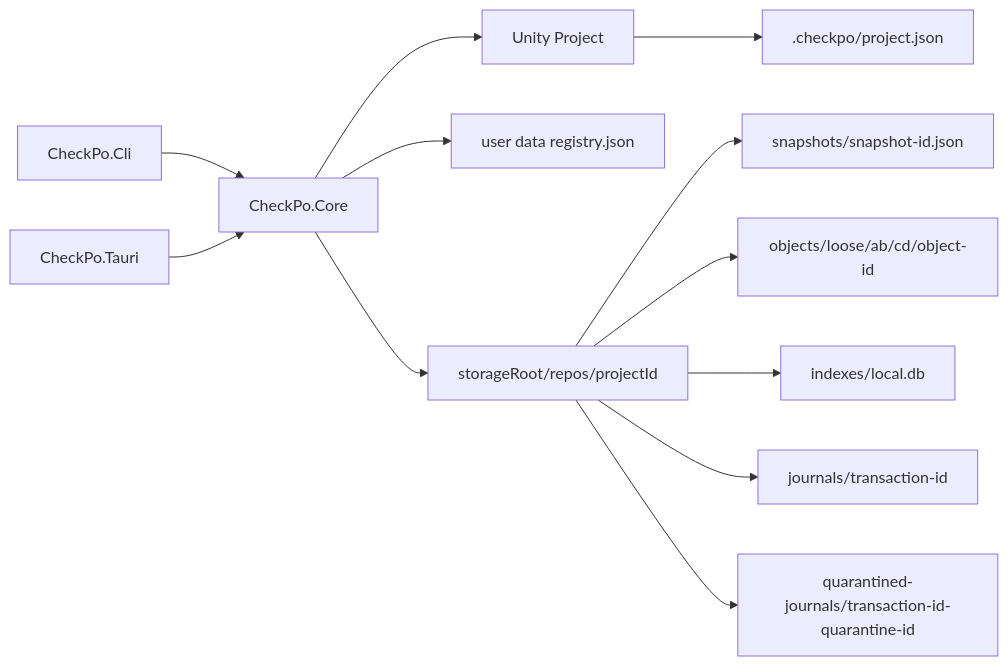
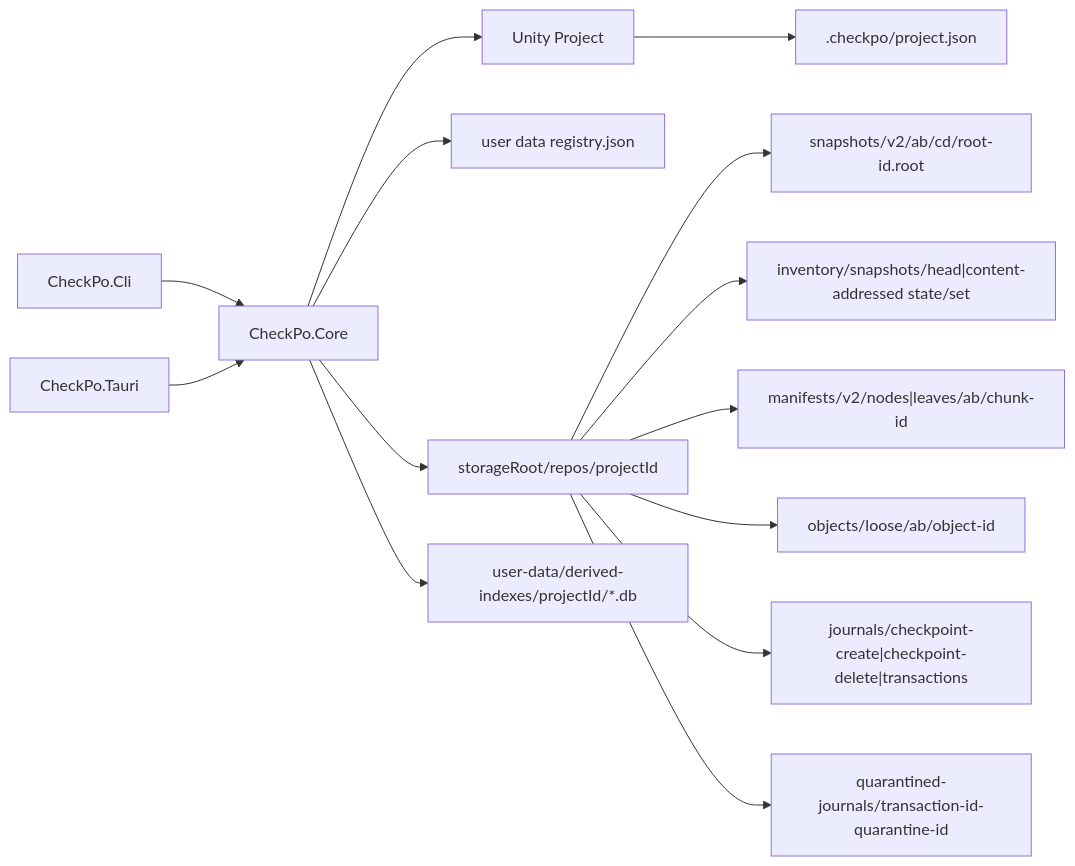
Before and after one commit to 0suu/CheckPo: the diagram in アーキテクチャ.md, drawn with Mermaid. The commit also changed other lines of this file and 31 other files, not shown here.

Commit message:
Harden storage maintenance and checkpoint inventory

````diff
--- a/アーキテクチャ.md
+++ b/アーキテクチャ.md
@@ -11,14 +11,16 @@
 ```mermaid
 flowchart LR
     CLI["CheckPo.Cli"] --> Core["CheckPo.Core"]
     Tauri["CheckPo.Tauri"] --> Core
     Core --> Project["Unity Project"]
     Project --> Marker[".checkpo/project.json"]
     Core --> Registry["user data registry.json"]
     Core --> Repo["storageRoot/repos/projectId"]
-    Repo --> Snapshots["snapshots/snapshot-id.json"]
-    Repo --> Objects["objects/loose/ab/cd/object-id"]
-    Repo --> DB["indexes/local.db"]
-    Repo --> Journals["journals/transaction-id"]
+    Repo --> Snapshots["snapshots/v2/ab/cd/root-id.root"]
+    Repo --> Inventory["inventory/snapshots/head|content-addressed state/set"]
+    Repo --> Manifests["manifests/v2/nodes|leaves/ab/chunk-id"]
+    Repo --> Objects["objects/loose/ab/object-id"]
+    Core --> DB["user-data/derived-indexes/projectId/*.db"]
+    Repo --> Journals["journals/checkpoint-create|checkpoint-delete|transactions"]
     Repo --> Quarantined["quarantined-journals/transaction-id-quarantine-id"]
 ```
````
